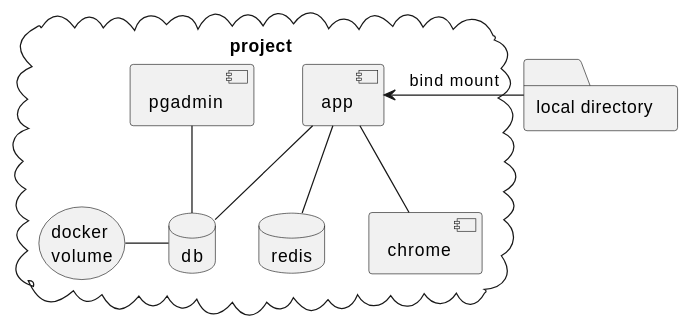
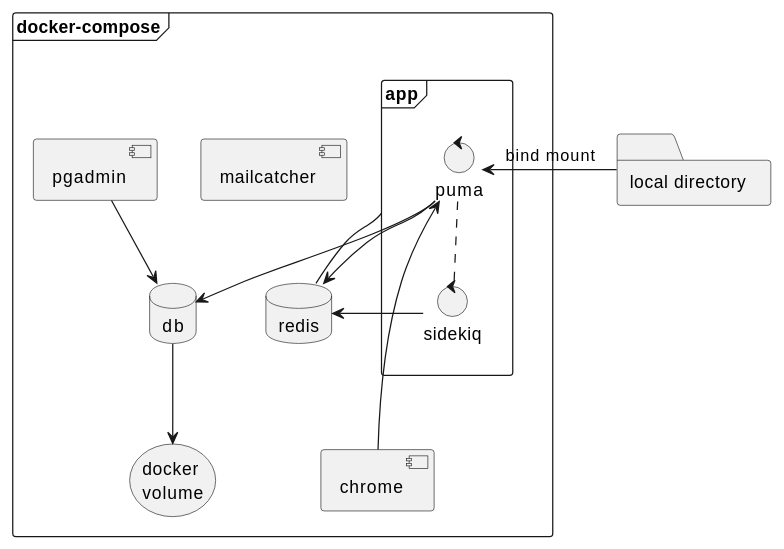
Before and after one commit to rolfkleef/rolfkleef.github.io: the diagram in docs/software_development/modules/docker/pages/ruby.adoc, drawn with PlantUML. The commit also changed other lines of this file and 2 other files, not shown here.

First line of the commit message:
refactor: update deployment diagrams

```diff
--- a/docs/software_development/modules/docker/pages/ruby.adoc
+++ b/docs/software_development/modules/docker/pages/ruby.adoc
@@ -16,18 +24,27 @@
 [plantuml]
 ----
-cloud project {
-  component app
+frame docker-compose {
+  frame app {
+    control puma
+    control sidekiq
+    puma .. sidekiq
+  }
+  component mailcatcher
   component pgadmin
   component chrome
   database redis
   database db
   storage pgdata as "docker\nvolume"
-  app -- db
+
+  puma --> db
   app -- redis
-  app -- chrome
-  pgadmin -- db
-  pgdata - db
+  puma --> redis
+  redis <- sidekiq
+  puma <--- chrome
+  pgadmin --> db
+  db --> pgdata
 }
+
 folder local as "local directory"
-app <- local: bind mount
+puma <- local: bind mount
 ----
```
